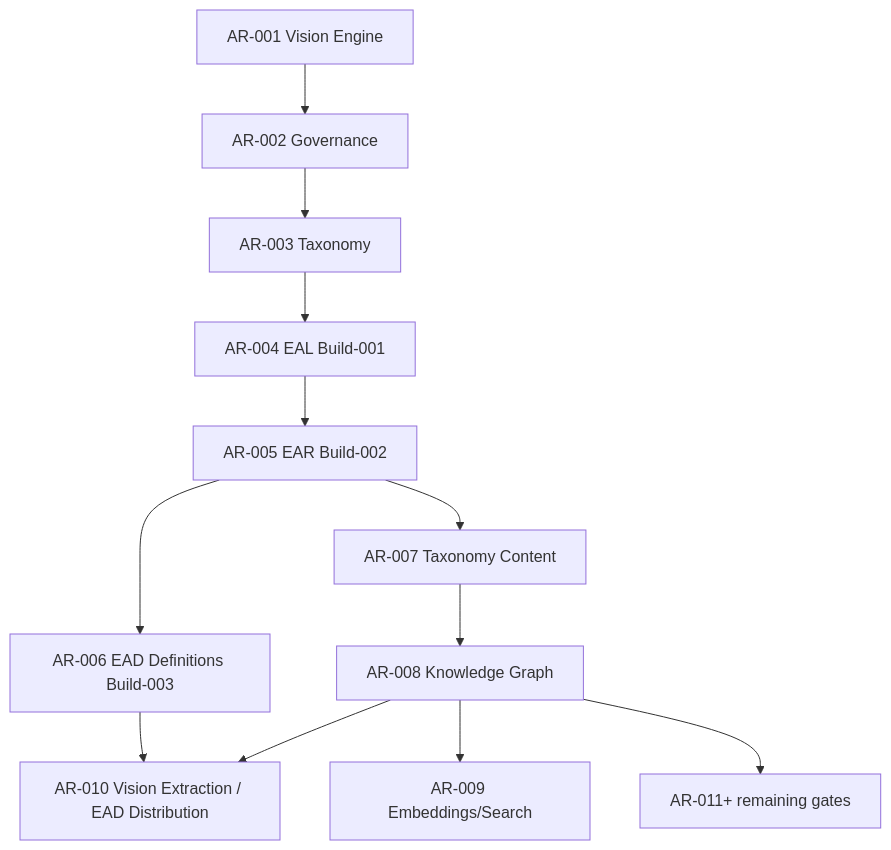
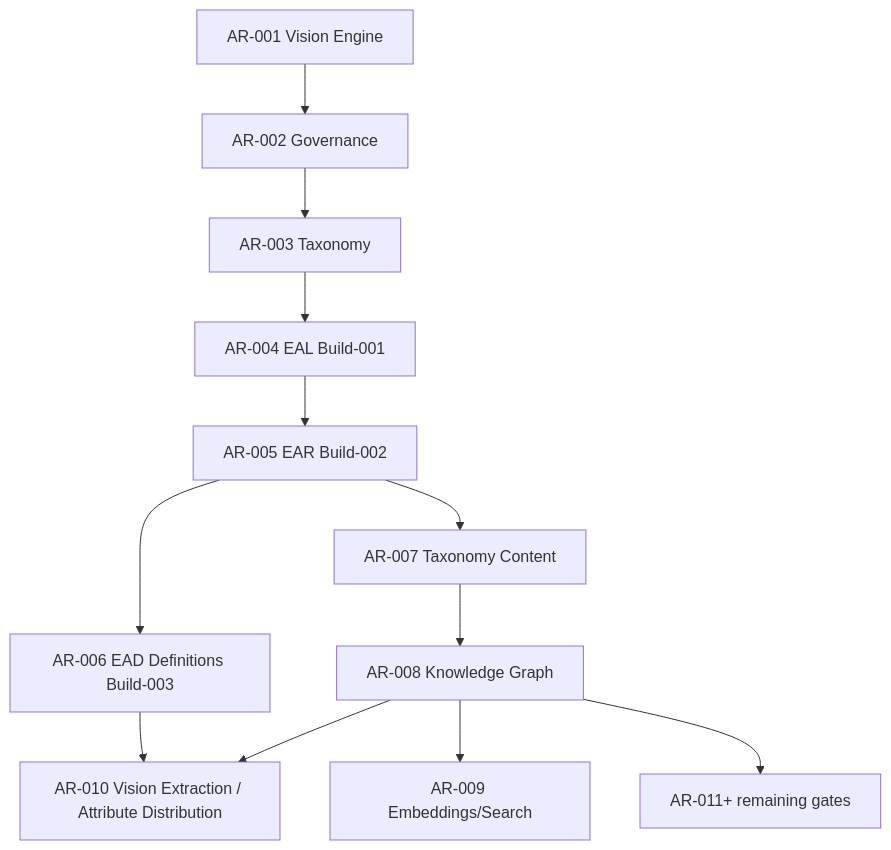
Before and after one commit to lexvoraconsulting-lab/The-Baking-Kaur: the fourth of 4 diagrams in docs/30_Enterprise_Program_Roadmap/Enterprise_Program_Roadmap_v1.md, drawn with Mermaid. The commit also changed other lines of this file and 6 other files, not shown here.

````diff
--- a/docs/30_Enterprise_Program_Roadmap/Enterprise_Program_Roadmap_v1.md
+++ b/docs/30_Enterprise_Program_Roadmap/Enterprise_Program_Roadmap_v1.md
@@ -522,14 +522,14 @@
 ```mermaid
 graph TD
     AR001[AR-001 Vision Engine] --> AR002[AR-002 Governance]
     AR002 --> AR003[AR-003 Taxonomy]
     AR003 --> AR004[AR-004 EAL Build-001]
     AR004 --> AR005[AR-005 EAR Build-002]
     AR005 --> AR006[AR-006 EAD Definitions Build-003]
     AR005 --> AR007[AR-007 Taxonomy Content]
     AR007 --> AR008[AR-008 Knowledge Graph]
     AR008 --> AR009[AR-009 Embeddings/Search]
-    AR006 --> AR010[AR-010 Vision Extraction / EAD Distribution]
+    AR006 --> AR010[AR-010 Vision Extraction / Attribute Distribution]
     AR008 --> AR010
     AR008 --> AR011[AR-011+ remaining gates]
 ```
````
